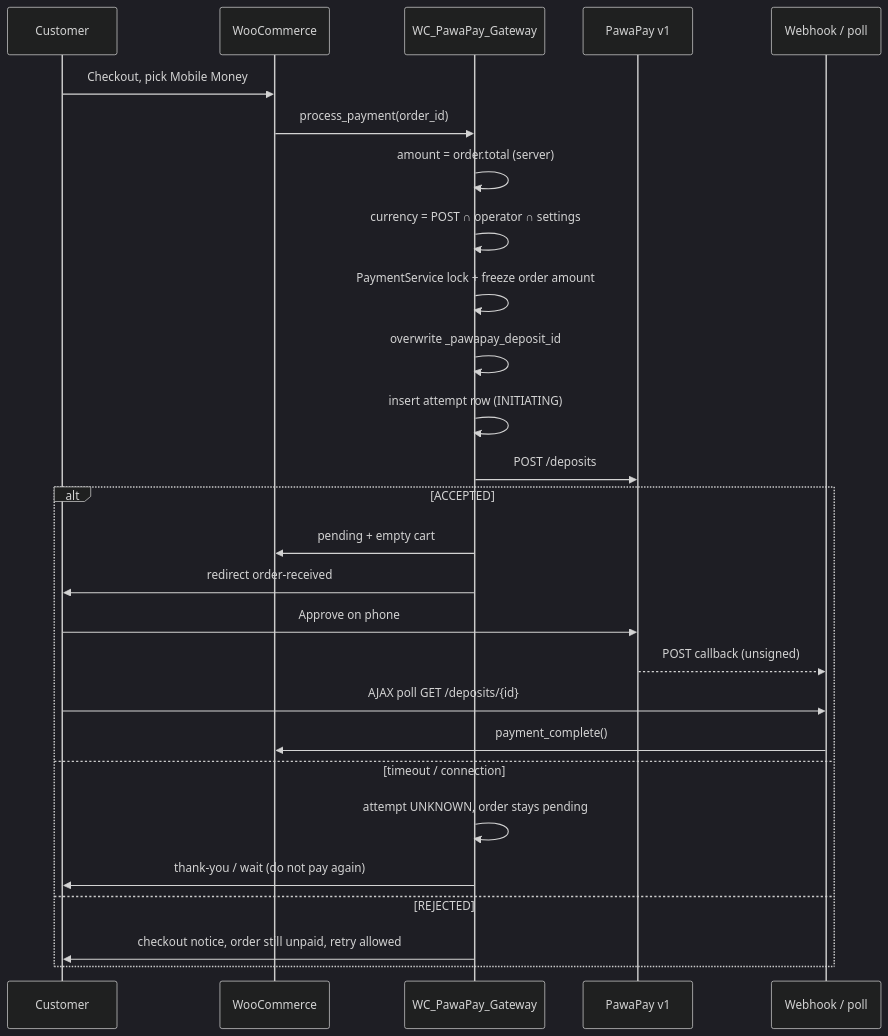
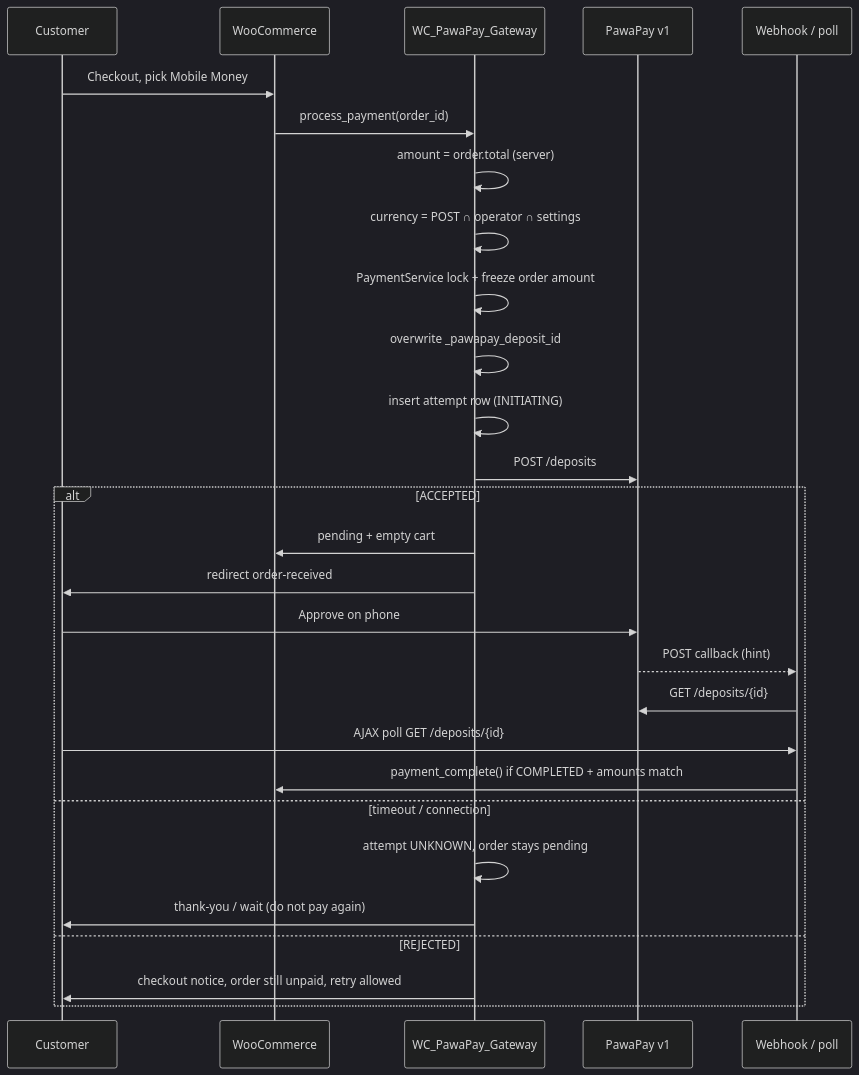
One commit to mmarcwabo/pawapay-woocommerce changed the diagram in docs/architecture/payment-flow.md. Above: the diagram before and after it, drawn with Mermaid (dark theme). The commit also changed other lines of this file and 22 other files, not shown here.

````diff
--- a/docs/architecture/payment-flow.md
+++ b/docs/architecture/payment-flow.md
@@ -7,30 +7,31 @@
 ```mermaid
 sequenceDiagram
     participant C as Customer
     participant Woo as WooCommerce
     participant G as WC_PawaPay_Gateway
     participant P as PawaPay v1
     participant W as Webhook / poll
 
     C->>Woo: Checkout, pick Mobile Money
     Woo->>G: process_payment(order_id)
     G->>G: amount = order.total (server)
     G->>G: currency = POST ∩ operator ∩ settings
     G->>G: PaymentService lock + freeze order amount
     G->>G: overwrite _pawapay_deposit_id
     G->>G: insert attempt row (INITIATING)
     G->>P: POST /deposits
     alt ACCEPTED
         G->>Woo: pending + empty cart
         G->>C: redirect order-received
         C->>P: Approve on phone
-        P-->>W: POST callback (unsigned)
+        P-->>W: POST callback (hint)
+        W->>P: GET /deposits/{id}
         C->>W: AJAX poll GET /deposits/{id}
-        W->>Woo: payment_complete()
+        W->>Woo: payment_complete() if COMPLETED + amounts match
     else timeout / connection
         G->>G: attempt UNKNOWN, order stays pending
         G->>C: thank-you / wait (do not pay again)
     else REJECTED
         G->>C: checkout notice, order still unpaid, retry allowed
     end
 ```
````
